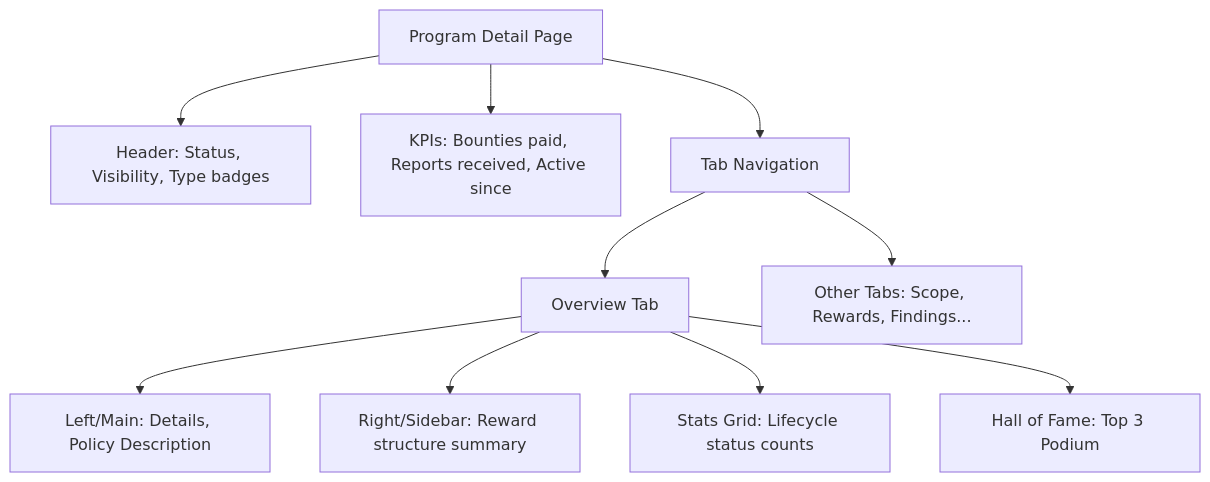
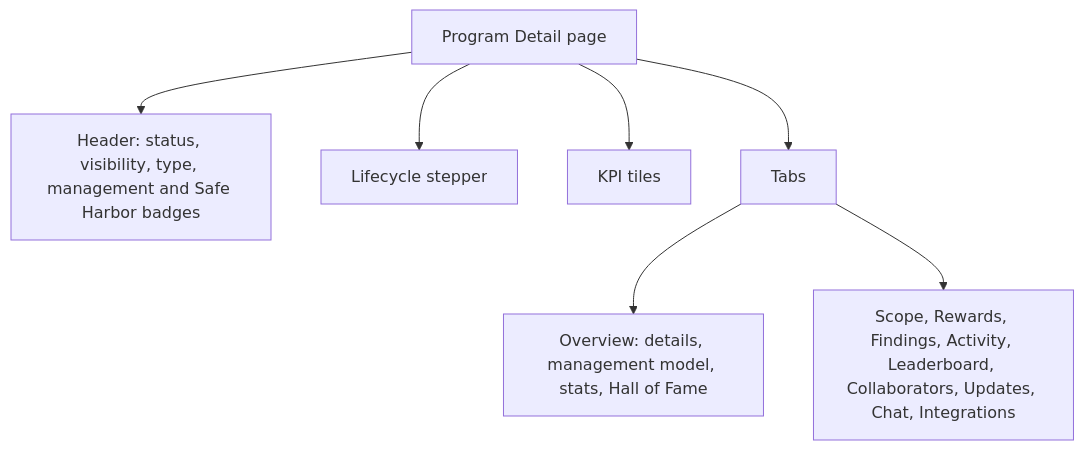
Before and after one commit to Securityboat/SB1-Knowladge-Base-: the diagram in docs/researcher/bug-bounty/detail/overview.md, drawn with Mermaid. The commit also changed other lines of this file and 181 other files, not shown here.

````diff
--- a/docs/researcher/bug-bounty/detail/overview.md
+++ b/docs/researcher/bug-bounty/detail/overview.md
@@ -13,12 +11,9 @@
 ```mermaid
-graph TD
-    ProgramDetail[Program Detail Page] --> Header[Header: Status, Visibility, Type badges]
-    ProgramDetail --> KPI[KPIs: Bounties paid, Reports received, Active since]
-    ProgramDetail --> Tabs[Tab Navigation]
-    Tabs --> TabOverview[Overview Tab]
-    Tabs --> TabOther[Other Tabs: Scope, Rewards, Findings...]
-    TabOverview --> LeftCol[Left/Main: Details, Policy Description]
-    TabOverview --> RightCol[Right/Sidebar: Reward structure summary]
-    TabOverview --> Stats[Stats Grid: Lifecycle status counts]
-    TabOverview --> HoF[Hall of Fame: Top 3 Podium]
+flowchart TD
+    P[Program Detail page] --> H[Header: status, visibility, type, management and Safe Harbor badges]
+    P --> S[Lifecycle stepper]
+    P --> K[KPI tiles]
+    P --> T[Tabs]
+    T --> O[Overview: details, management model, stats, Hall of Fame]
+    T --> X[Scope, Rewards, Findings, Activity, Leaderboard, Collaborators, Updates, Chat, Integrations]
 ```
````
